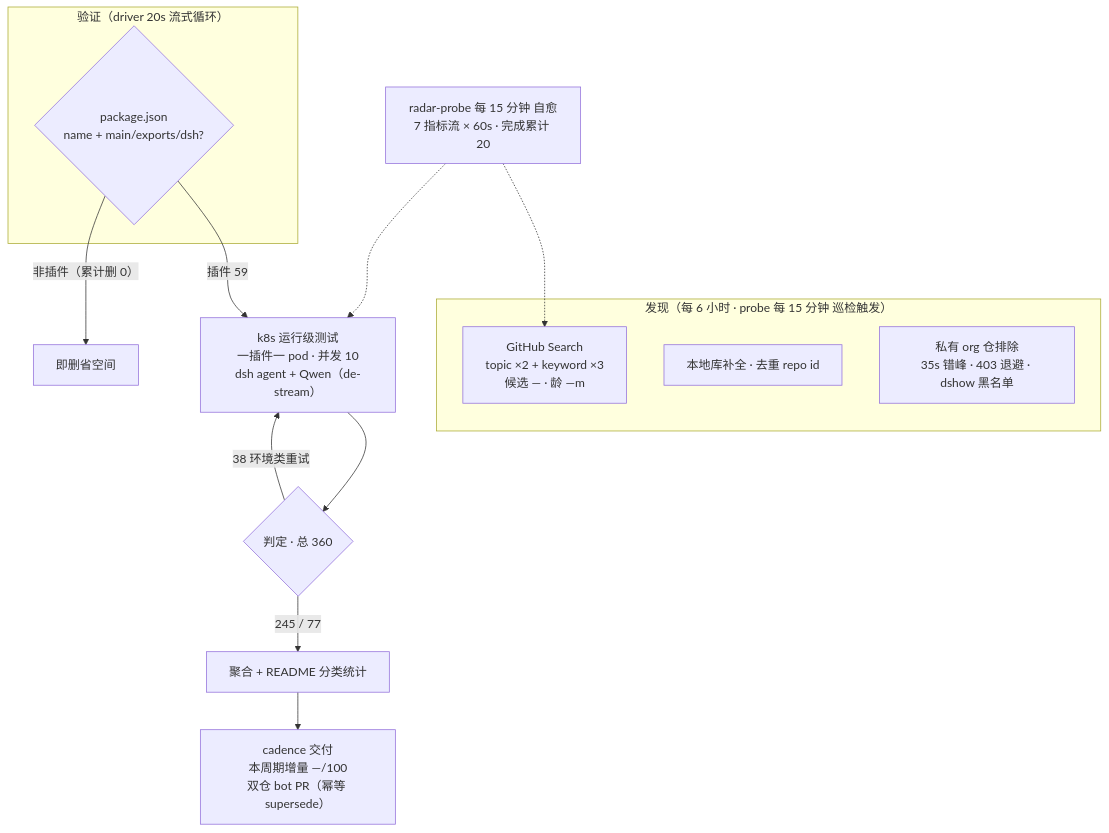
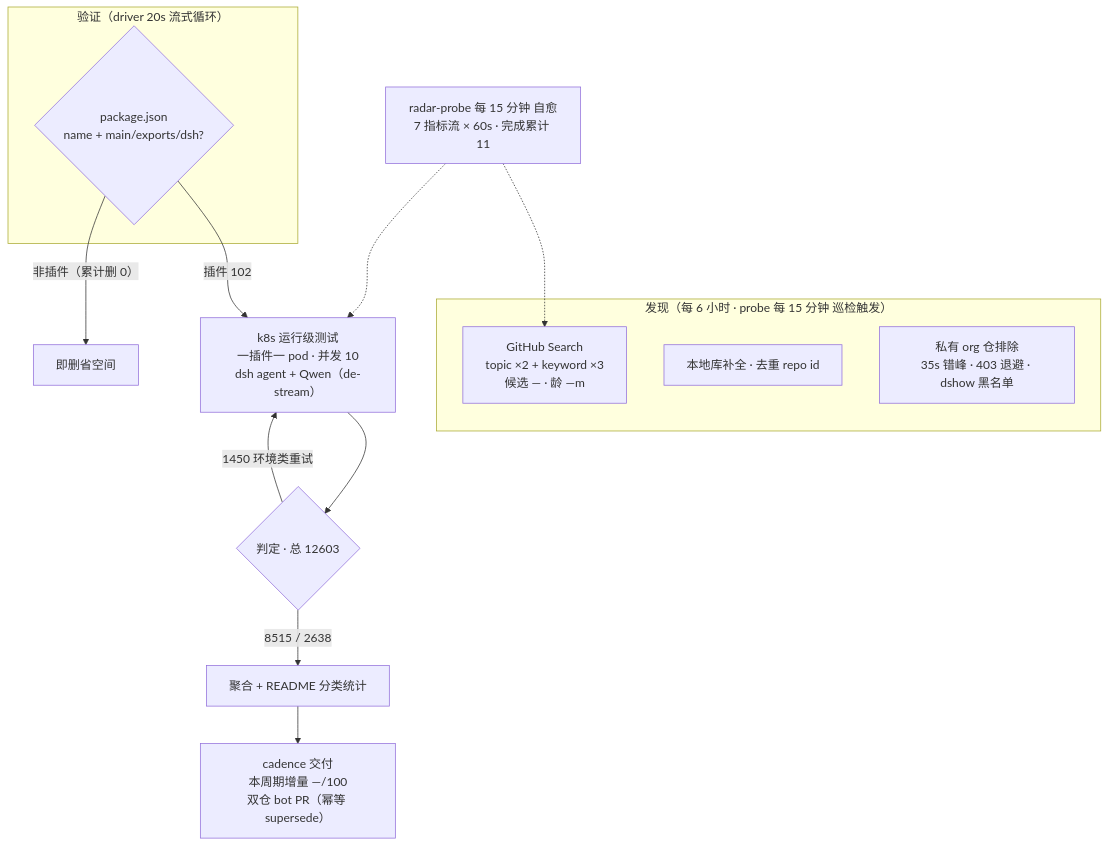
Before and after one commit to AdamPlatin123/awesome-dsh-plugins: the diagram in README.md, drawn with Mermaid. The commit also changed other lines of this file and 5 other files, not shown here.

````diff
--- a/README.md
+++ b/README.md
@@ -52,20 +52,20 @@
 ```mermaid
 flowchart TB
     subgraph Discovery["发现（每 6 小时 · probe 每 15 分钟 巡检触发）"]
         A1["GitHub Search<br/>topic ×2 + keyword ×3<br/>候选 — · 龄 —m"]
         A2["本地库补全 · 去重 repo id"]
         A3["私有 org 仓排除<br/>35s 错峰 · 403 退避 · dshow 黑名单"]
     end
     subgraph Validation["验证（driver 20s 流式循环）"]
         B1{"package.json<br/>name + main/exports/dsh?"}
     end
-    B1 -->|"插件 59"| C1["k8s 运行级测试<br/>一插件一 pod · 并发 10<br/>dsh agent + Qwen（de-stream）"]
+    B1 -->|"插件 102"| C1["k8s 运行级测试<br/>一插件一 pod · 并发 10<br/>dsh agent + Qwen（de-stream）"]
     B1 -->|"非插件（累计删 0）"| B3["即删省空间"]
-    C1 --> D1{"判定 · 总 360"}
-    D1 -->|"245 / 77"| E1["聚合 + README 分类统计"]
-    D1 -->|"38 环境类重试"| C1
+    C1 --> D1{"判定 · 总 12603"}
+    D1 -->|"8515 / 2638"| E1["聚合 + README 分类统计"]
+    D1 -->|"1450 环境类重试"| C1
     E1 --> E2["cadence 交付<br/>本周期增量 —/100<br/>双仓 bot PR（幂等 supersede）"]
-    M["radar-probe 每 15 分钟 自愈<br/>7 指标流 × 60s · 完成累计 20"]
+    M["radar-probe 每 15 分钟 自愈<br/>7 指标流 × 60s · 完成累计 11"]
     M -.-> A1
     M -.-> C1
 ```
````
